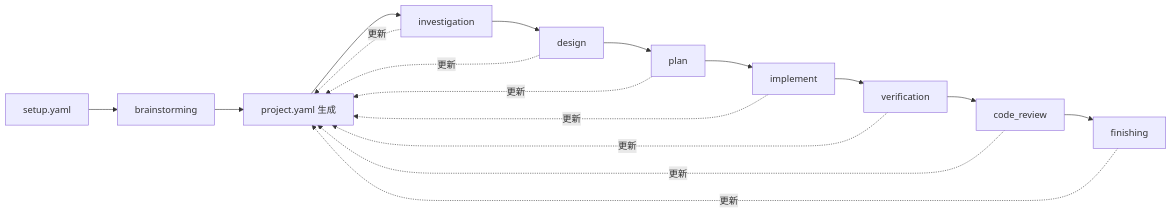
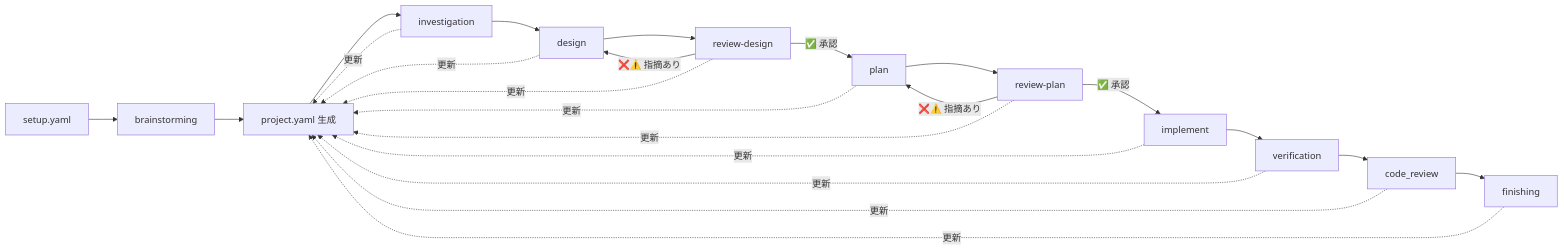
One commit to NagasakaH/dev-process changed the second of 4 diagrams in README.md. Above: the diagram before and after it, drawn with Mermaid. The commit also changed other lines of this file and 6 other files, not shown here.

````diff
--- a/README.md
+++ b/README.md
@@ -259,20 +250,26 @@
 ```mermaid
 flowchart LR
     SY[setup.yaml] --> BS[brainstorming]
     BS --> PY[project.yaml 生成]
     PY --> INV[investigation]
     INV --> DES[design]
-    DES --> PLN[plan]
-    PLN --> IMP[implement]
+    DES --> RD[review-design]
+    RD -->|✅ 承認| PLN[plan]
+    RD -->|❌⚠️ 指摘あり| DES
+    PLN --> RP[review-plan]
+    RP -->|✅ 承認| IMP[implement]
+    RP -->|❌⚠️ 指摘あり| PLN
     IMP --> VER[verification]
     VER --> CR[code_review]
     CR --> FIN[finishing]
 
     INV -.->|更新| PY
     DES -.->|更新| PY
+    RD -.->|更新| PY
     PLN -.->|更新| PY
+    RP -.->|更新| PY
     IMP -.->|更新| PY
     VER -.->|更新| PY
     CR -.->|更新| PY
     FIN -.->|更新| PY
 ```
````
